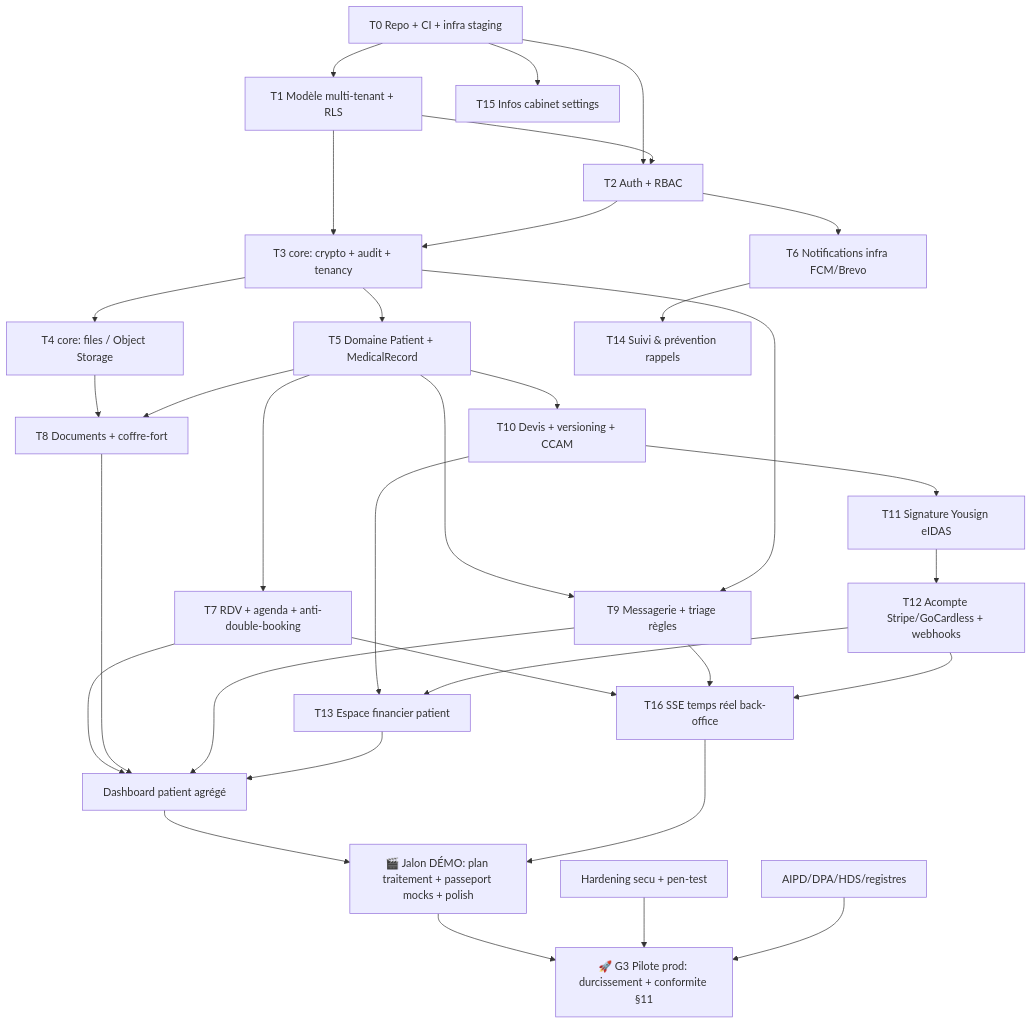
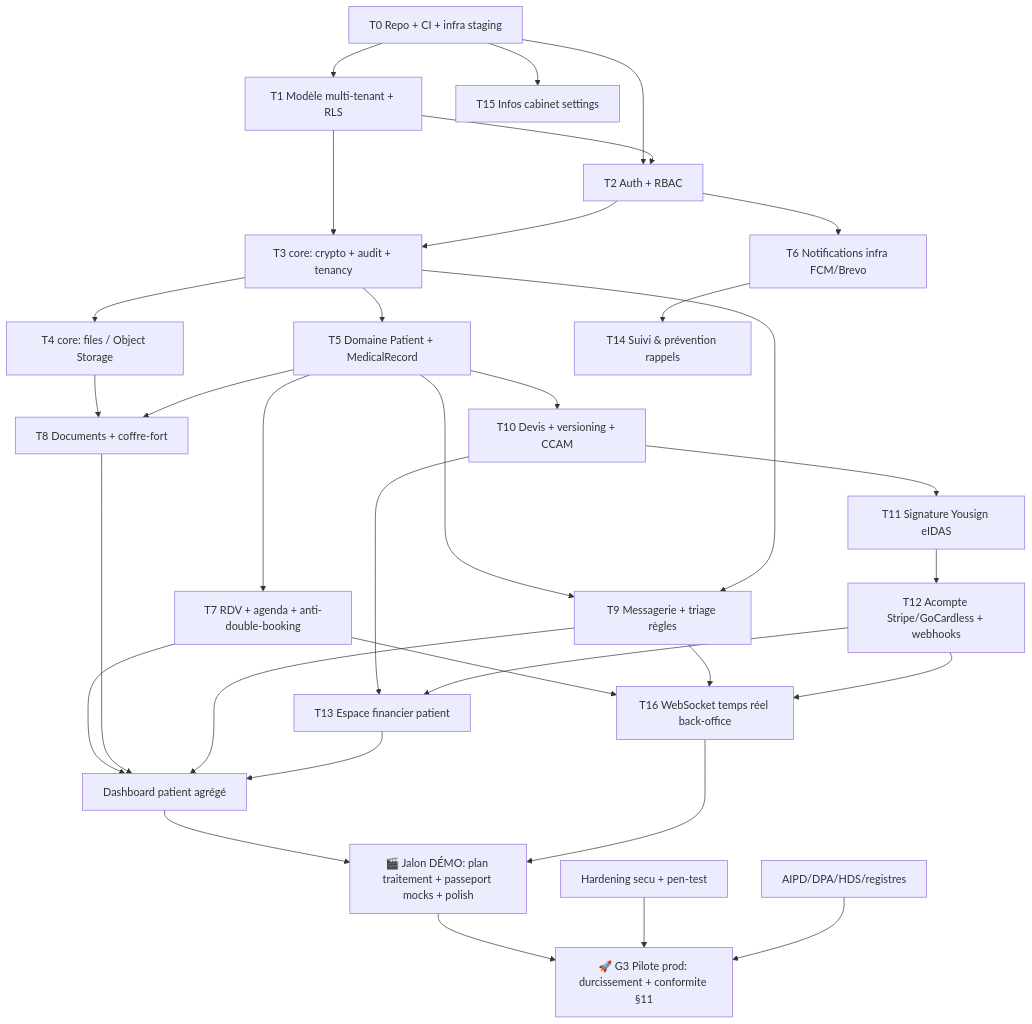
Before and after one commit to jipspaul/nubiadoc: the diagram in docs/08-plan-action-deploiement.md, drawn with Mermaid. The commit also changed other lines of this file and 18 other files, not shown here.

````diff
--- a/docs/08-plan-action-deploiement.md
+++ b/docs/08-plan-action-deploiement.md
@@ -30,35 +30,35 @@
 ```mermaid
 graph TD
     T0[T0 Repo + CI + infra staging] --> T1[T1 Modèle multi-tenant + RLS]
     T0 --> T2[T2 Auth + RBAC]
     T1 --> T2
     T1 --> T3[T3 core: crypto + audit + tenancy]
     T2 --> T3
     T3 --> T4[T4 core: files / Object Storage]
     T3 --> T5[T5 Domaine Patient + MedicalRecord]
     T2 --> T6[T6 Notifications infra FCM/Brevo]
     T5 --> T7[T7 RDV + agenda + anti-double-booking]
     T4 --> T8[T8 Documents + coffre-fort]
     T5 --> T8
     T5 --> T9[T9 Messagerie + triage règles]
     T3 --> T9
     T5 --> T10[T10 Devis + versioning + CCAM]
     T10 --> T11[T11 Signature Yousign eIDAS]
     T11 --> T12[T12 Acompte Stripe/GoCardless + webhooks]
     T10 --> T13[T13 Espace financier patient]
     T12 --> T13
     T6 --> T14[T14 Suivi & prévention rappels]
     T0 --> T15[T15 Infos cabinet settings]
-    T7 --> T16[T16 SSE temps réel back-office]
+    T7 --> T16[T16 WebSocket temps réel back-office]
     T9 --> T16
     T12 --> T16
     T7 --> D[Dashboard patient agrégé]
     T8 --> D
     T9 --> D
     T13 --> D
     D --> M[🎬 Jalon DÉMO: plan traitement + passeport mocks + polish]
     T16 --> M
     M --> G3[🚀 G3 Pilote prod: durcissement + conformite §11]
     HARDEN[Hardening secu + pen-test] --> G3
     COMPLIANCE[AIPD/DPA/HDS/registres] --> G3
 ```
````
